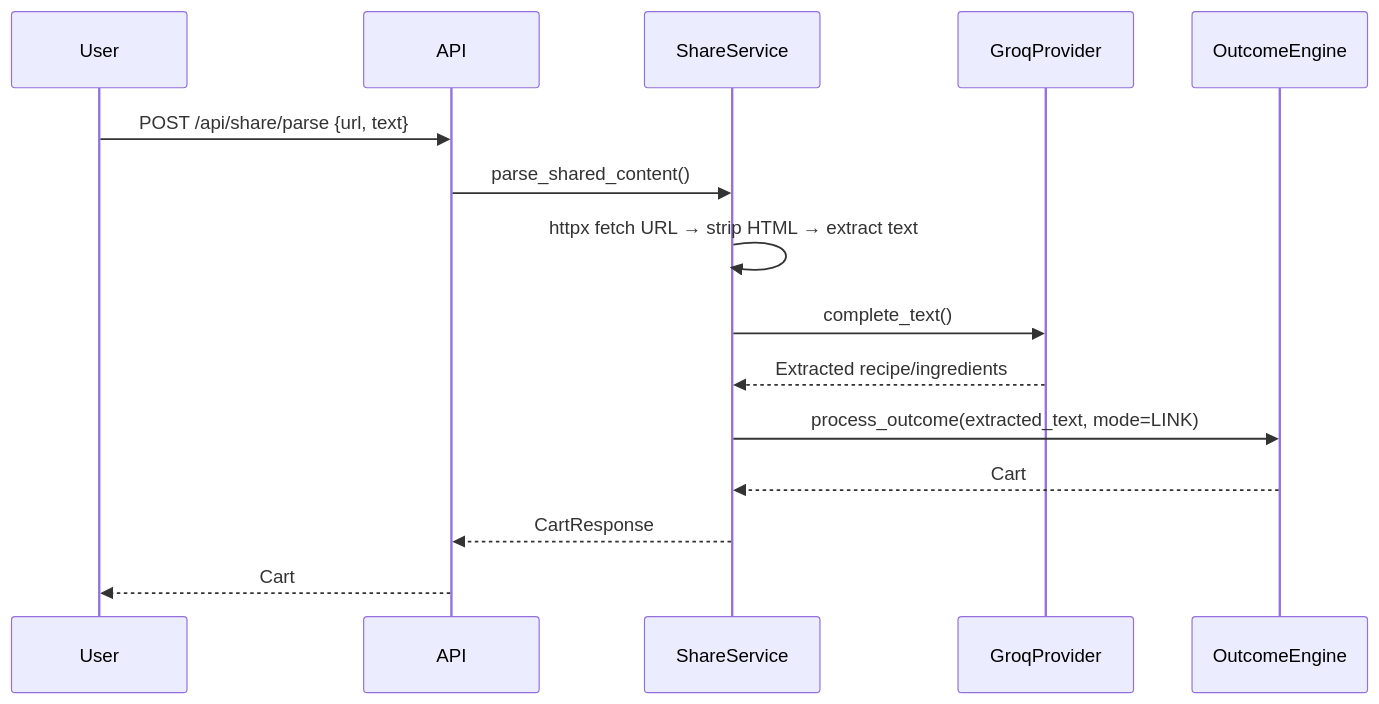
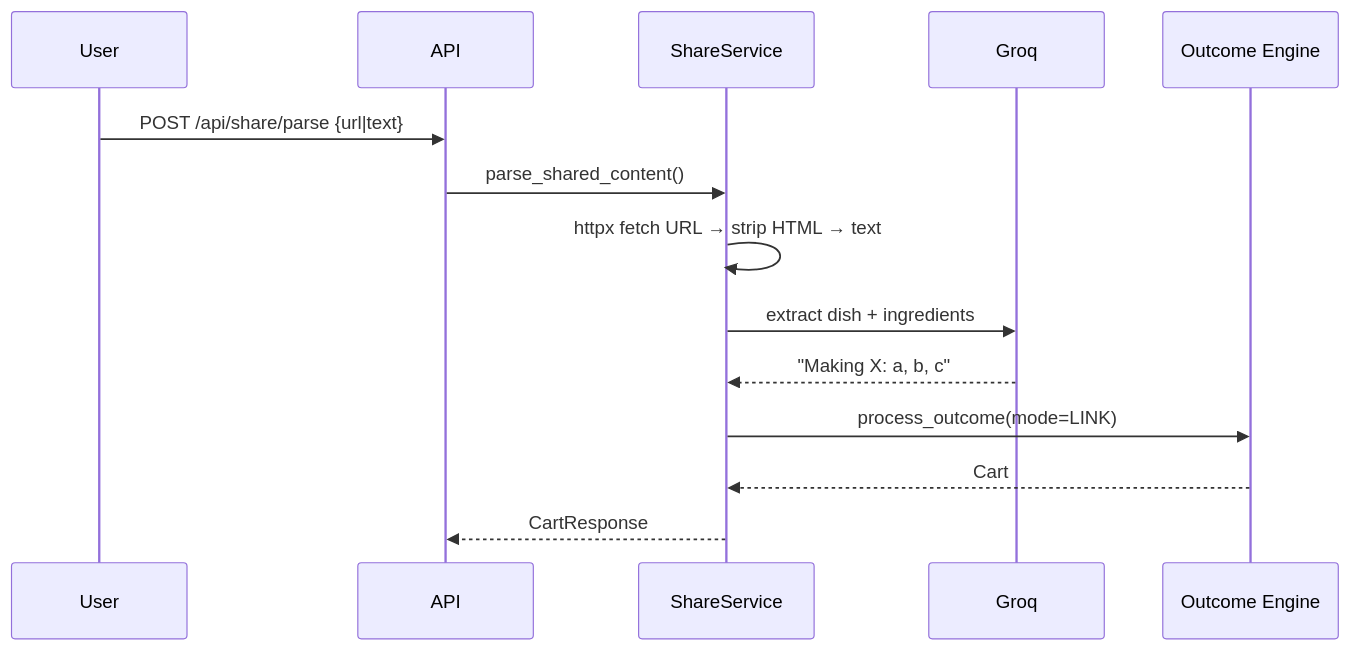
The sixth of 11 diagrams in SYSTEM_ARCHITECTURE.md (Strizzyy/NowCart), drawn with Mermaid before and after one commit. The commit also changed other lines of this file and 2 other files, not shown here.

Commit message:
refined readme and system architecture

````diff
--- a/SYSTEM_ARCHITECTURE.md
+++ b/SYSTEM_ARCHITECTURE.md
@@ -156,18 +185,16 @@
 ```mermaid
 sequenceDiagram
     participant User
     participant API
-    participant ShareService
-    participant Groq as GroqProvider
-    participant OutcomeEngine
-
-    User->>API: POST /api/share/parse {url, text}
-    API->>ShareService: parse_shared_content()
-    ShareService->>ShareService: httpx fetch URL → strip HTML → extract text
-    ShareService->>Groq: complete_text()
-    Groq-->>ShareService: Extracted recipe/ingredients
-    ShareService->>OutcomeEngine: process_outcome(extracted_text, mode=LINK)
-    OutcomeEngine-->>ShareService: Cart
-    ShareService-->>API: CartResponse
-    API-->>User: Cart
+    participant Share as ShareService
+    participant Groq
+    participant Engine as Outcome Engine
+    User->>API: POST /api/share/parse {url|text}
+    API->>Share: parse_shared_content()
+    Share->>Share: httpx fetch URL → strip HTML → text
+    Share->>Groq: extract dish + ingredients
+    Groq-->>Share: "Making X: a, b, c"
+    Share->>Engine: process_outcome(mode=LINK)
+    Engine-->>Share: Cart
+    Share-->>API: CartResponse
 ```
````
